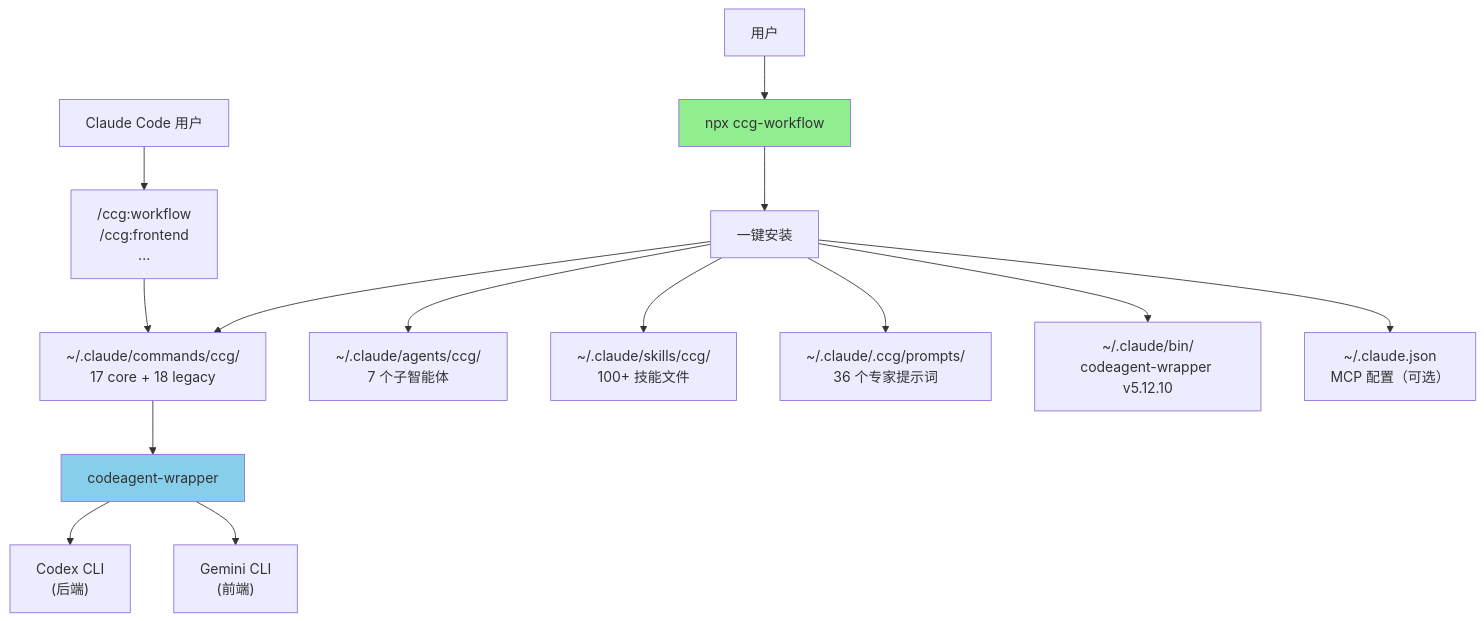
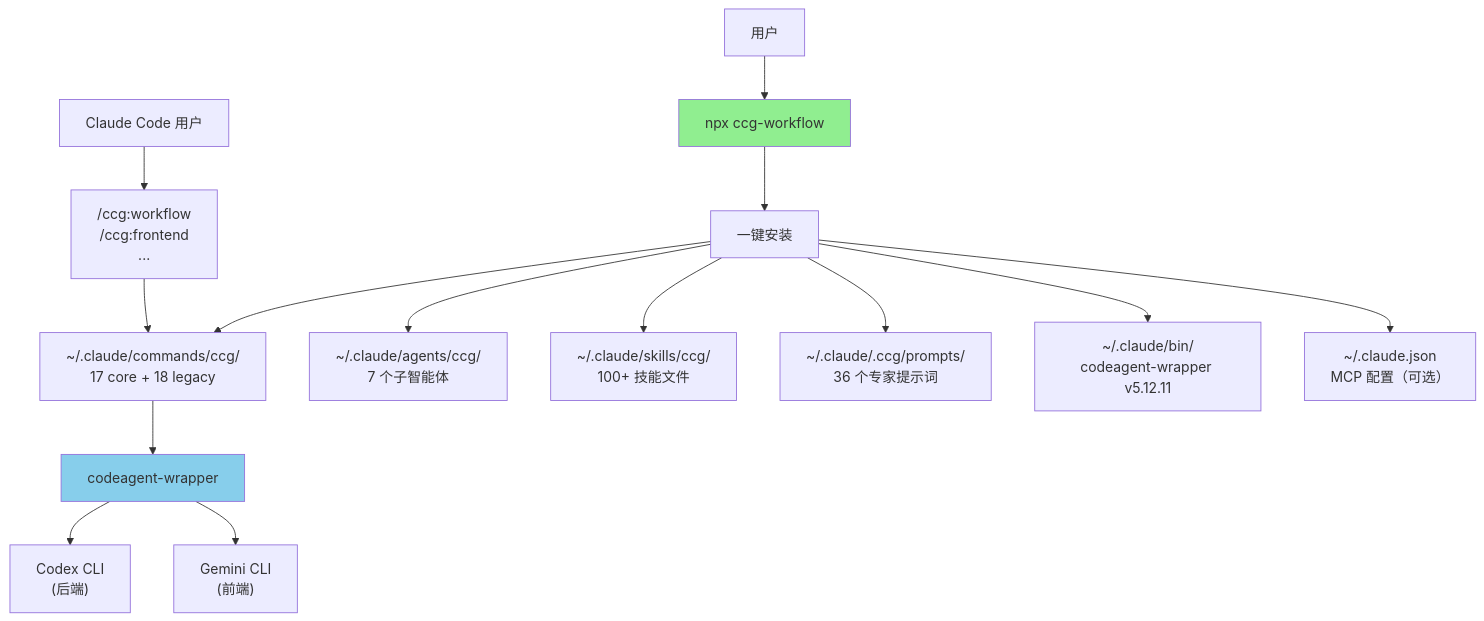
Before and after one commit to jed-zed/ccg-gptpro-worflow: the diagram in CLAUDE.md, drawn with Mermaid. The commit also changed other lines of this file and 20 other files, not shown here.

````diff
--- a/CLAUDE.md
+++ b/CLAUDE.md
@@ -703,22 +709,22 @@
 ```mermaid
 graph TD
     User["用户"] --> CLI["npx ccg-workflow"]
     CLI --> Init["一键安装"]
 
     Init --> Commands["~/.claude/commands/ccg/<br/>17 core + 18 legacy"]
     Init --> Agents["~/.claude/agents/ccg/<br/>7 个子智能体"]
     Init --> Skills["~/.claude/skills/ccg/<br/>100+ 技能文件"]
     Init --> Prompts["~/.claude/.ccg/prompts/<br/>36 个专家提示词"]
-    Init --> Binary["~/.claude/bin/<br/>codeagent-wrapper v5.12.10"]
+    Init --> Binary["~/.claude/bin/<br/>codeagent-wrapper v5.12.11"]
     Init --> MCP["~/.claude.json<br/>MCP 配置（可选）"]
 
     User2["Claude Code 用户"] --> SlashCmd["/ccg:workflow<br/>/ccg:frontend<br/>..."]
     SlashCmd --> Commands
 
     Commands --> Wrapper["codeagent-wrapper"]
     Wrapper --> Codex["Codex CLI<br/>(后端)"]
     Wrapper --> Gemini["Gemini CLI<br/>(前端)"]
 
     style CLI fill:#90EE90
     style Wrapper fill:#87CEEB
 ```
````
